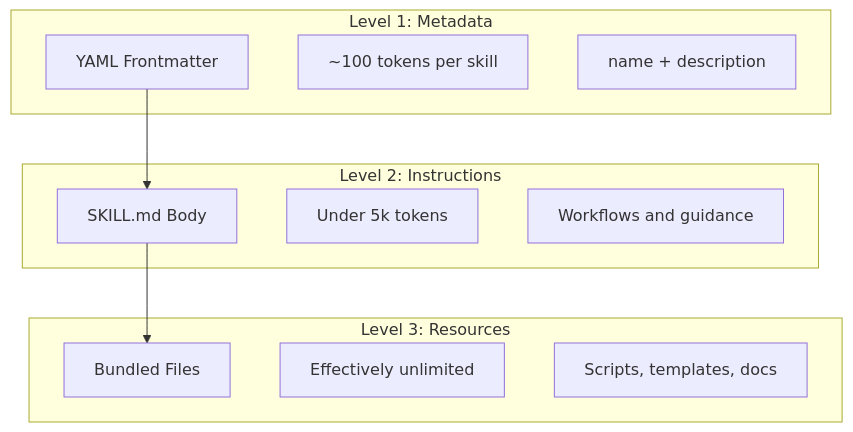
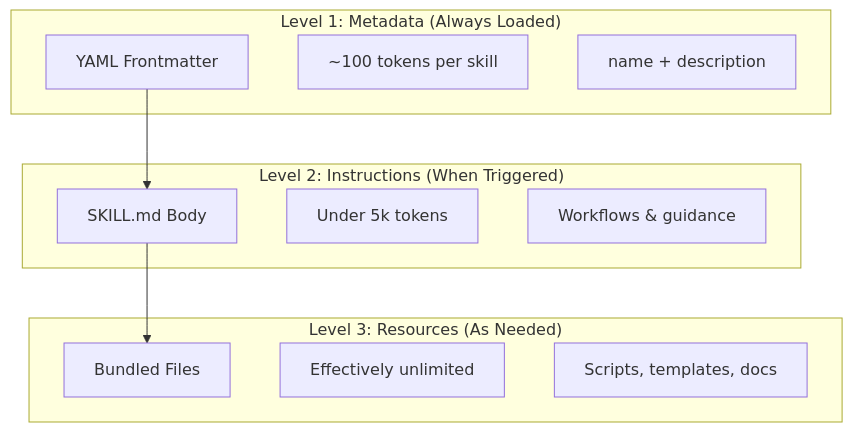
One commit to Rx782-Fss/claude-howto-zh changed the first of 2 diagrams in 03-skills/README.md. Above: the diagram before and after it, drawn with Mermaid. The commit also changed other lines of this file and 91 other files, not shown here.

````diff
--- a/03-skills/README.md
+++ b/03-skills/README.md
@@ -32,23 +32,23 @@
 ```mermaid
 graph TB
-    subgraph "Level 1: Metadata"
+    subgraph "Level 1: Metadata (Always Loaded)"
         A["YAML Frontmatter"]
         A1["~100 tokens per skill"]
         A2["name + description"]
     end
 
-    subgraph "Level 2: Instructions"
+    subgraph "Level 2: Instructions (When Triggered)"
         B["SKILL.md Body"]
         B1["Under 5k tokens"]
-        B2["Workflows and guidance"]
+        B2["Workflows & guidance"]
     end
 
-    subgraph "Level 3: Resources"
+    subgraph "Level 3: Resources (As Needed)"
         C["Bundled Files"]
         C1["Effectively unlimited"]
         C2["Scripts, templates, docs"]
     end
 
     A --> B
     B --> C
 ```
````
